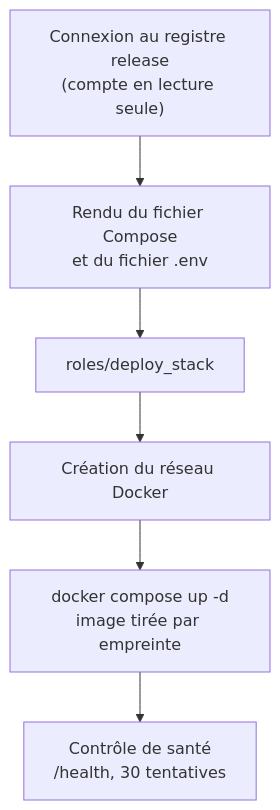
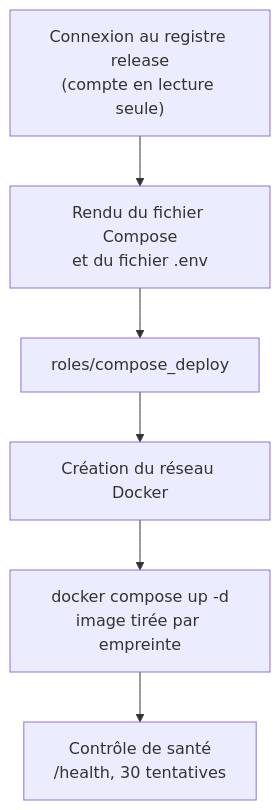
One commit to logo-solutions/factice changed the third of 4 diagrams in Docs/2-pipeline-livraison/orchestration/workflow-ansible.md. Above: the diagram before and after it, drawn with Mermaid. The commit also changed other lines of this file and 30 other files, not shown here.

First line of the commit message:
feat(ansible): tier App déployé par le squelette commun compose_deploy

````diff
--- a/Docs/2-pipeline-livraison/orchestration/workflow-ansible.md
+++ b/Docs/2-pipeline-livraison/orchestration/workflow-ansible.md
@@ -45,8 +45,8 @@
 ```mermaid
 graph TD
     A1["Connexion au registre release<br/>(compte en lecture seule)"] --> A2["Rendu du fichier Compose<br/>et du fichier .env"]
-    A2 --> A3["roles/deploy_stack"]
+    A2 --> A3["roles/compose_deploy"]
     A3 --> A4["Création du réseau Docker"]
     A4 --> A5["docker compose up -d<br/>image tirée par empreinte"]
     A5 --> A6["Contrôle de santé<br/>/health, 30 tentatives"]
 ```
````
